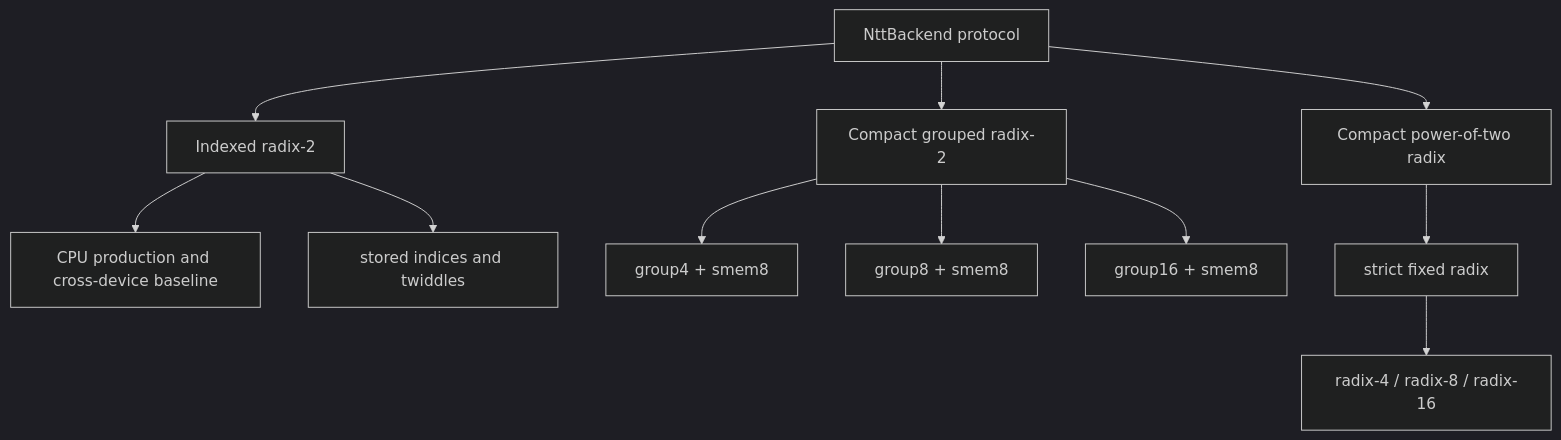
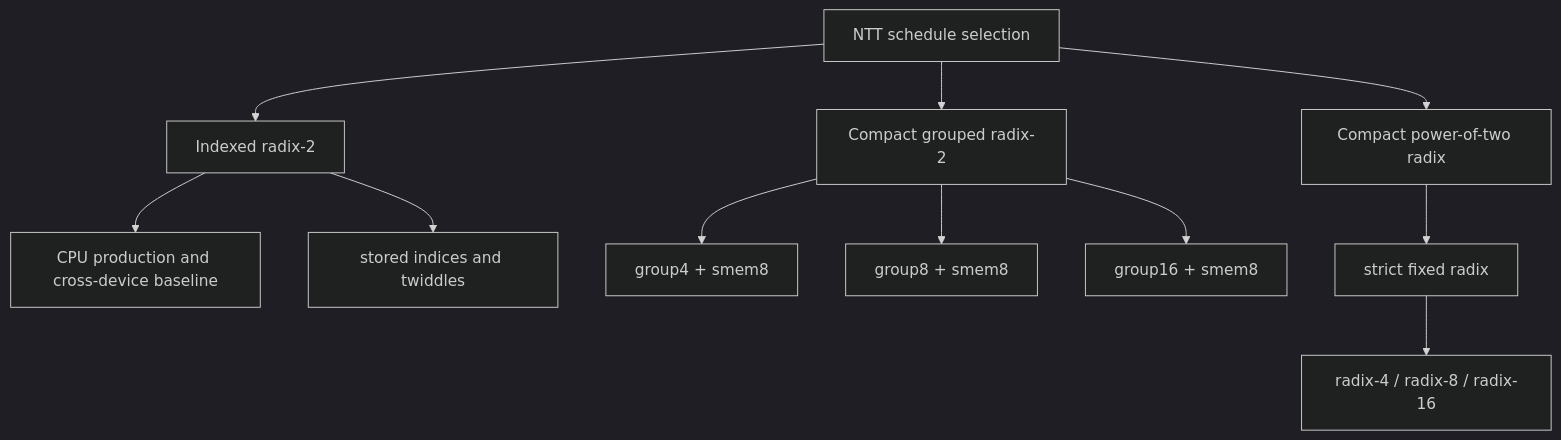
The third of 5 diagrams in docs/developer/rns-and-ntt.md (visualDust/fhelium), drawn with Mermaid (dark theme) before and after one commit. The commit also changed other lines of this file and 426 other files, not shown here.

````diff
--- a/docs/developer/rns-and-ntt.md
+++ b/docs/developer/rns-and-ntt.md
@@ -117,14 +93,14 @@
 ```mermaid
 graph TD
-    P[NttBackend protocol]
+    P[NTT schedule selection]
     P --> I[Indexed radix-2]
     P --> C[Compact grouped radix-2]
     P --> R[Compact power-of-two radix]
     I --> I1[CPU production and cross-device baseline]
     I --> I2[stored indices and twiddles]
     C --> C1[group4 + smem8]
     C --> C2[group8 + smem8]
     C --> C3[group16 + smem8]
     R --> F[strict fixed radix]
     F --> F1[radix-4 / radix-8 / radix-16]
 ```
````
